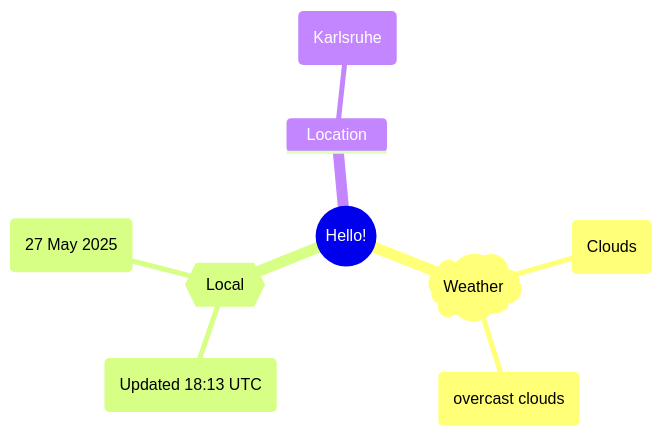
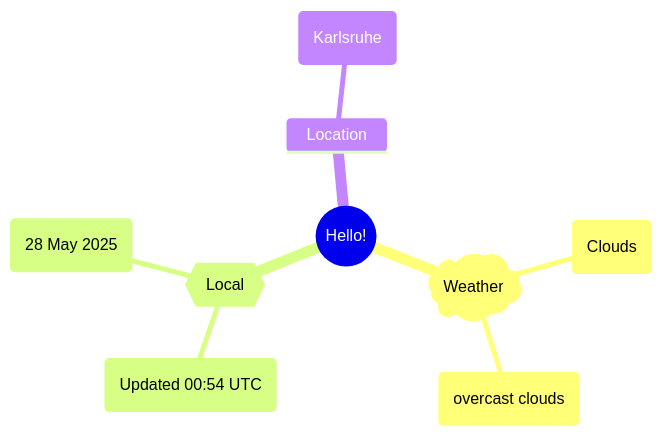
The first of 2 diagrams in README.md (Xosrov/Xosrov), drawn with Mermaid before and after one commit.

Commit message:
[bot] updated images

````diff
--- a/README.md
+++ b/README.md
@@ -3,12 +3,12 @@
 ```mermaid
 mindmap
   root((Hello!))
     )Weather(
         (Clouds)
         (overcast clouds)
     {{Local}}
-        (Updated 18:13 UTC)
-        (27 May 2025)
+        (Updated 00:54 UTC)
+        (28 May 2025)
     Location
         (Karlsruhe)
 ```
````
